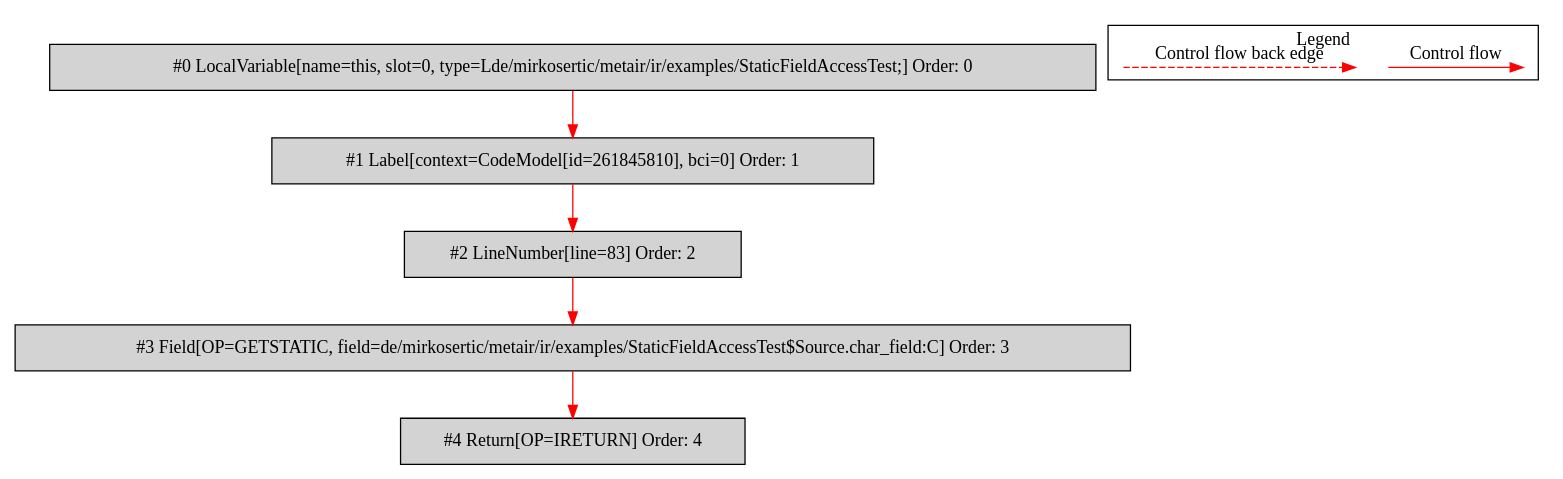
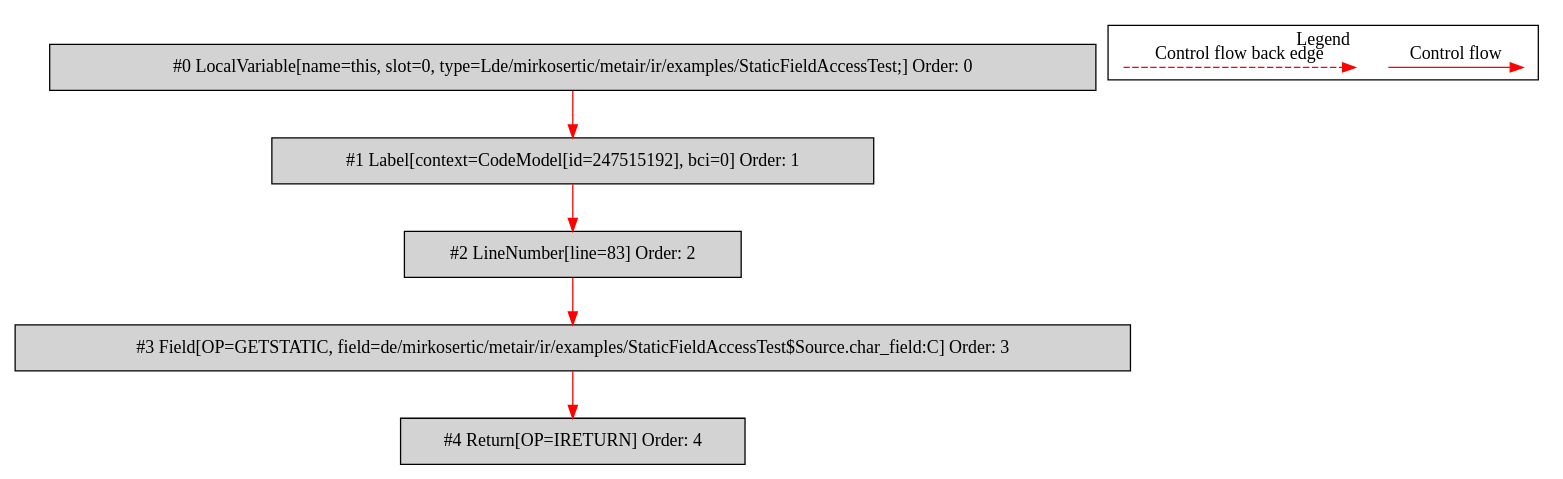
Before and after one commit to mirkosertic/MetaIR: the diagram in de.mirkosertic.metair.ir.examples.StaticFieldAccessTest/return_char/bytecodecfg.dot, drawn with Graphviz. The commit also changed 681 other files, not shown here.

```diff
--- a/de.mirkosertic.metair.ir.examples.StaticFieldAccessTest/return_char/bytecodecfg.dot
+++ b/de.mirkosertic.metair.ir.examples.StaticFieldAccessTest/return_char/bytecodecfg.dot
@@ -1,25 +1,25 @@
 digraph {
  node0[label="#0 LocalVariable[name=this, slot=0, type=Lde/mirkosertic/metair/ir/examples/StaticFieldAccessTest;] Order: 0", shape=box, fillcolor=lightgrey, style=filled];
- node1[label="#1 Label[context=CodeModel[id=261845810], bci=0] Order: 1", shape=box, fillcolor=lightgrey, style=filled];
+ node1[label="#1 Label[context=CodeModel[id=247515192], bci=0] Order: 1", shape=box, fillcolor=lightgrey, style=filled];
  node2[label="#2 LineNumber[line=83] Order: 2", shape=box, fillcolor=lightgrey, style=filled];
  node3[label="#3 Field[OP=GETSTATIC, field=de/mirkosertic/metair/ir/examples/StaticFieldAccessTest$Source.char_field:C] Order: 3", shape=box, fillcolor=lightgrey, style=filled];
  node4[label="#4 Return[OP=IRETURN] Order: 4", shape=box, fillcolor=lightgrey, style=filled];
  node0 -> node1[color=red];
  node1 -> node2[color=red];
  node2 -> node3[color=red];
  node3 -> node4[color=red];
  subgraph cluster_000 {
   label = "Legend";
   node [shape=point]
   {
    rank=same;
    c0 [style = invis];
    c1 [style = invis];
    c2 [style = invis];
    c3 [style = invis];
   }
   c0 -> c1 [label="Control flow", style=solid, color=red]
   c2 -> c3 [label="Control flow back edge", style=dashed, color=red]
  }
 
 }
```
